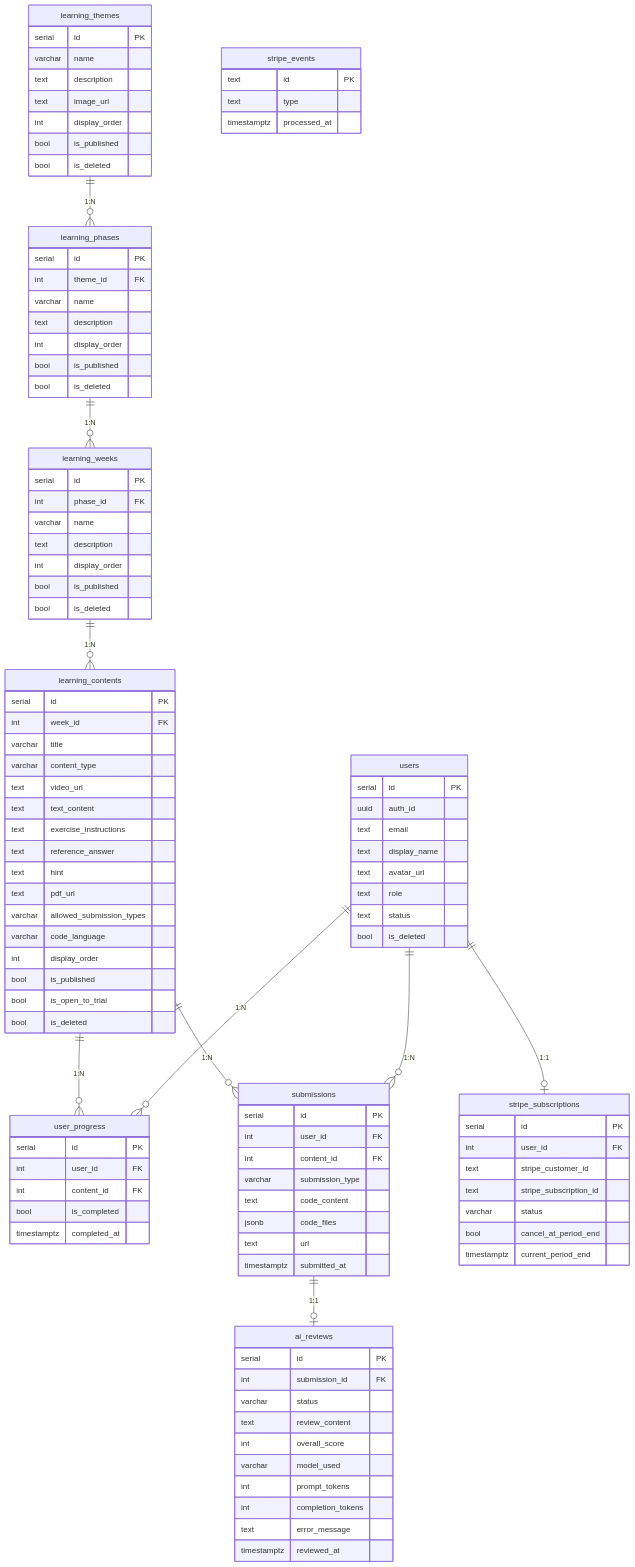
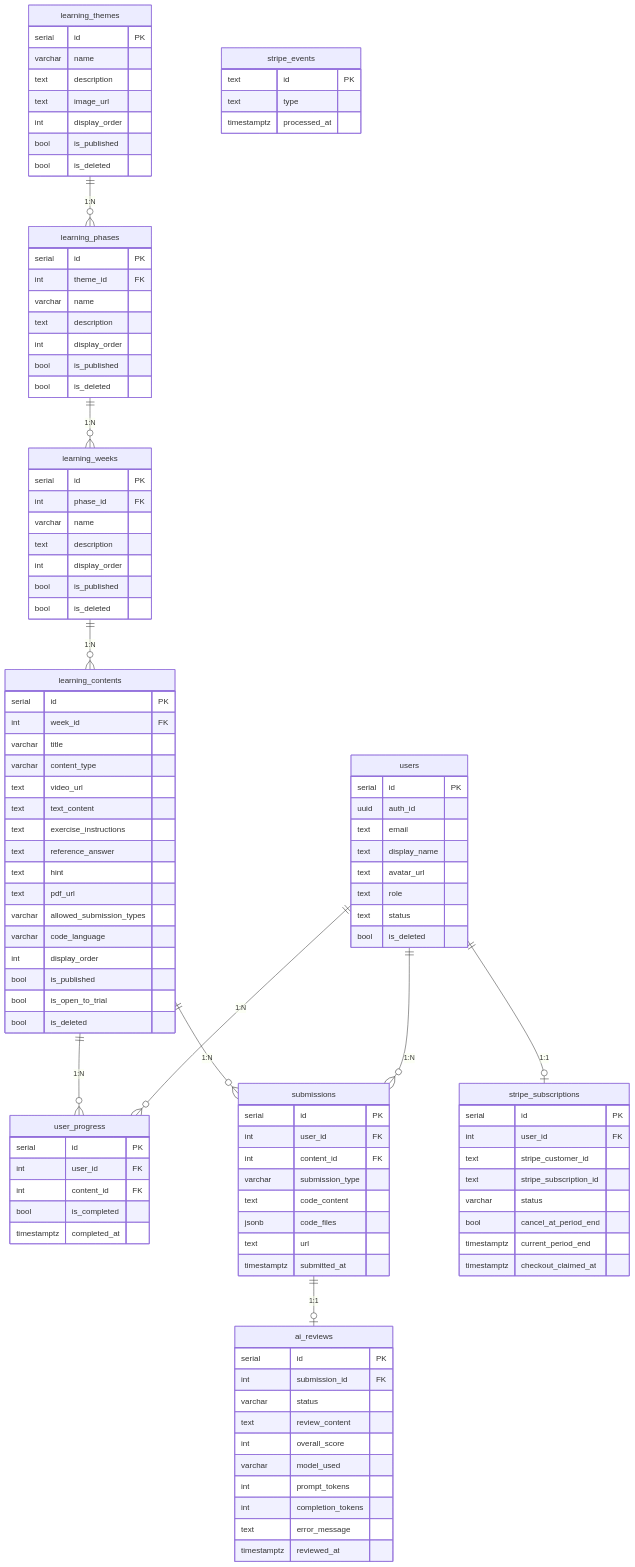
The diagram in docs/database.md (Singuralitylabs/sinlab-study), drawn with Mermaid before and after one commit. The commit also changed other lines of this file and 16 other files, not shown here.

```diff
--- a/docs/database.md
+++ b/docs/database.md
@@ -127,6 +127,7 @@
         varchar status
         bool cancel_at_period_end
         timestamptz current_period_end
+        timestamptz checkout_claimed_at
     }
     stripe_events {
         text id PK
```
